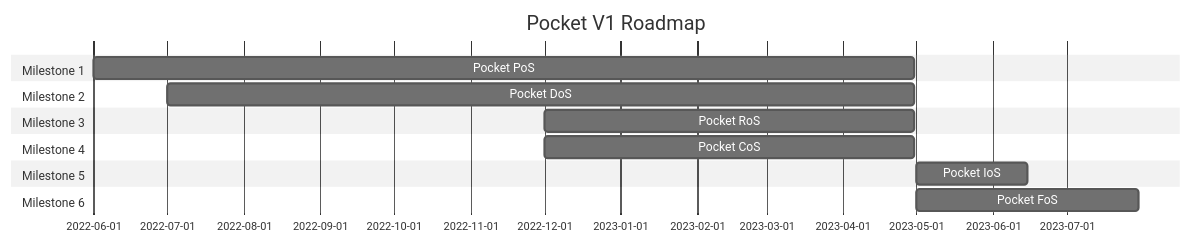
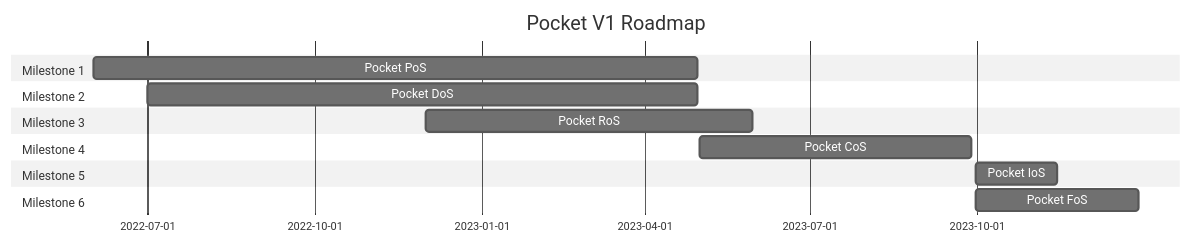
The diagram in docs/roadmap/README.md (pokt-network/pocket), drawn with Mermaid (neutral theme) before and after one commit.

Commit message:
Update V1 Roadmap READ.me
- Updated RoS to extend 30 days past PoS and DoS
- Updated start of CoS (after DoS)
- Moved IoS and FoS back to align with new CoS timeline

````diff
--- a/docs/roadmap/README.md
+++ b/docs/roadmap/README.md
@@ -23,17 +23,17 @@
 ```mermaid
 gantt
     title Pocket V1 Roadmap
     dateFormat  YYYY-MM-DD
     section Milestone 1
         Pocket PoS       :a1, 2022-06-01, 333d
     section Milestone 2
         Pocket DoS       :a1, 2022-07-01, 303d
     section Milestone 3
-        Pocket RoS       :a1, 2022-12-01, 150d
+        Pocket RoS       :a1, 2022-12-01, 180d
     section Milestone 4
-        Pocket CoS       :a1, 2022-12-01, 150d
+        Pocket CoS       :a1, 2023-05-01, 150d
     section Milestone 5
-        Pocket IoS       :a1, 2023-05-01, 45d
+        Pocket IoS       :a1, 2023-09-30, 45d
     section Milestone 6
-        Pocket FoS       :a1, 2023-05-01, 90d
+        Pocket FoS       :a1, 2023-09-30, 90d
 ```
````
